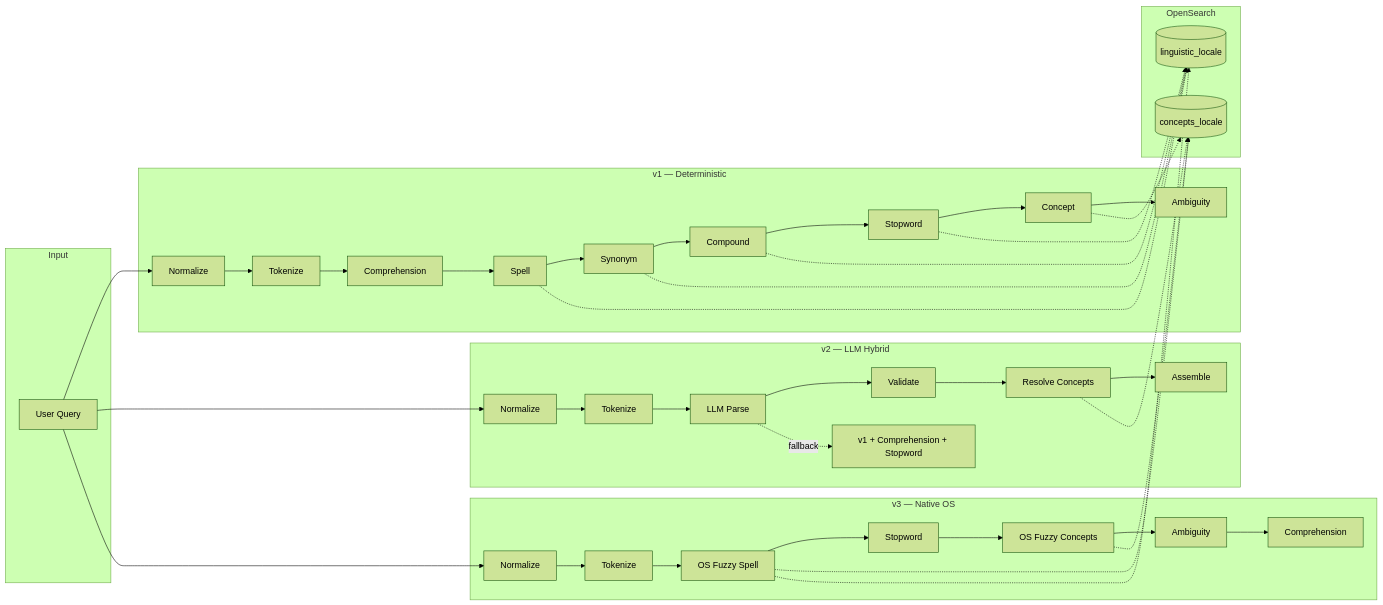
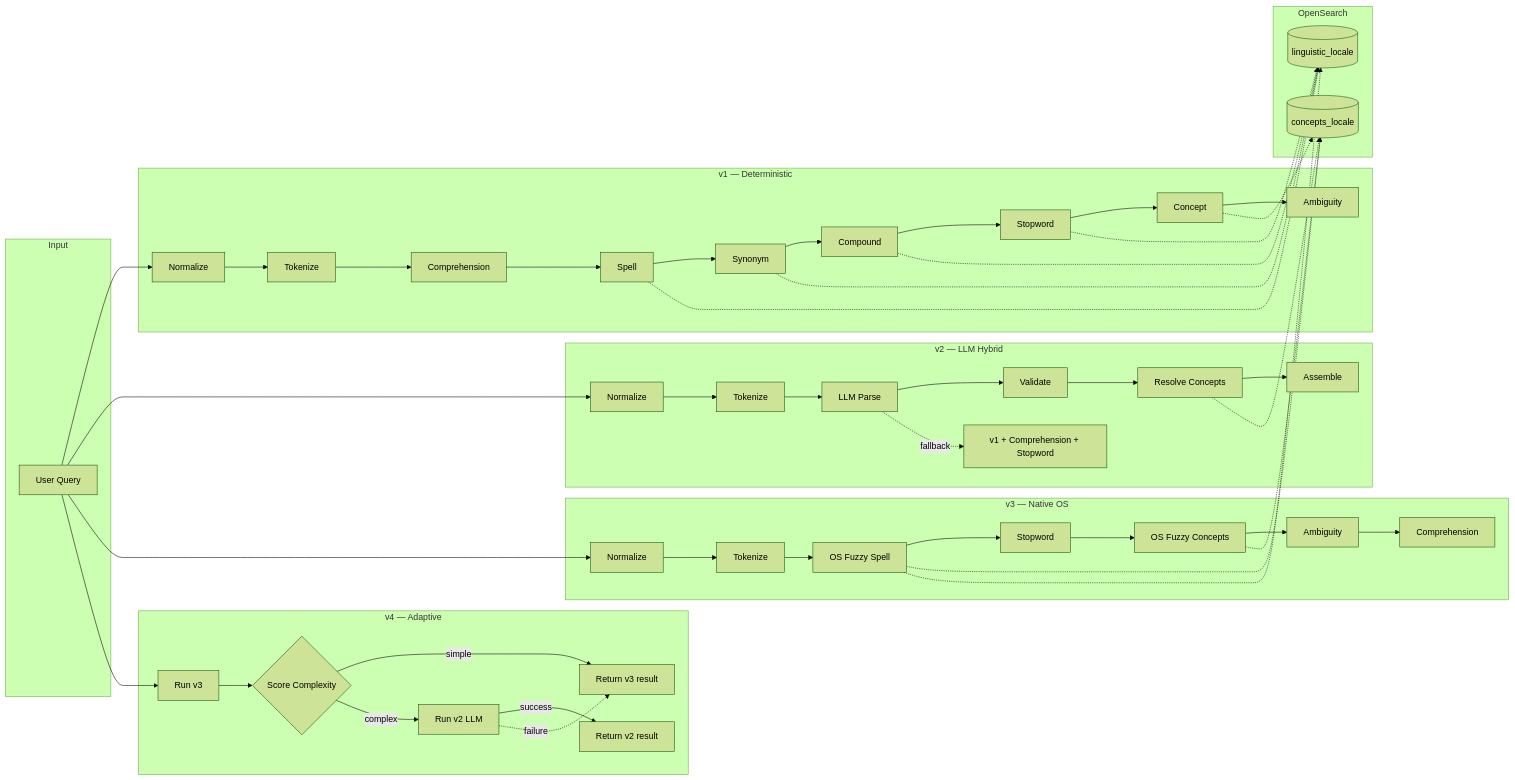
Before and after one commit to ahmedalaahagag/query-understanding-service: the diagram in README.md, drawn with Mermaid (forest theme). The commit also changed other lines of this file and 1 other file, not shown here.

Commit message:
docs: add v4 adaptive pipeline to README and pipeline docs

````diff
--- a/README.md
+++ b/README.md
@@ -7,50 +7,59 @@
 ```mermaid
 graph LR
     subgraph Input
         Q[User Query]
     end
 
     subgraph "v1 — Deterministic"
         V1_1[Normalize] --> V1_2[Tokenize]
         V1_2 --> V1_3[Comprehension]
         V1_3 --> V1_4[Spell]
         V1_4 --> V1_5[Synonym]
         V1_5 --> V1_6[Compound]
         V1_6 --> V1_7[Stopword]
         V1_7 --> V1_8[Concept]
         V1_8 --> V1_9[Ambiguity]
     end
 
     subgraph "v2 — LLM Hybrid"
         V2_1[Normalize] --> V2_2[Tokenize]
         V2_2 --> V2_3[LLM Parse]
         V2_3 --> V2_4[Validate]
         V2_4 --> V2_5[Resolve Concepts]
         V2_5 --> V2_6[Assemble]
         V2_3 -.->|fallback| V2_F[v1 + Comprehension + Stopword]
     end
 
     subgraph "v3 — Native OS"
         V3_1[Normalize] --> V3_2[Tokenize]
         V3_2 --> V3_3[OS Fuzzy Spell]
         V3_3 --> V3_4[Stopword]
         V3_4 --> V3_5[OS Fuzzy Concepts]
         V3_5 --> V3_6[Ambiguity]
         V3_6 --> V3_7[Comprehension]
     end
 
+    subgraph "v4 — Adaptive"
+        V4_1[Run v3] --> V4_2{Score Complexity}
+        V4_2 -->|simple| V4_3[Return v3 result]
+        V4_2 -->|complex| V4_4[Run v2 LLM]
+        V4_4 -->|success| V4_5[Return v2 result]
+        V4_4 -.->|failure| V4_3
+    end
+
     Q --> V1_1
     Q --> V2_1
     Q --> V3_1
+    Q --> V4_1
 
     subgraph "OpenSearch"
         OS_L[(linguistic_locale)]
         OS_C[(concepts_locale)]
     end
 
     V1_4 & V1_5 & V1_6 & V1_7 -.-> OS_L
     V1_8 -.-> OS_C
     V2_5 -.-> OS_C
     V3_3 & V3_5 -.-> OS_C
     V3_3 -.-> OS_L
 ```
````
